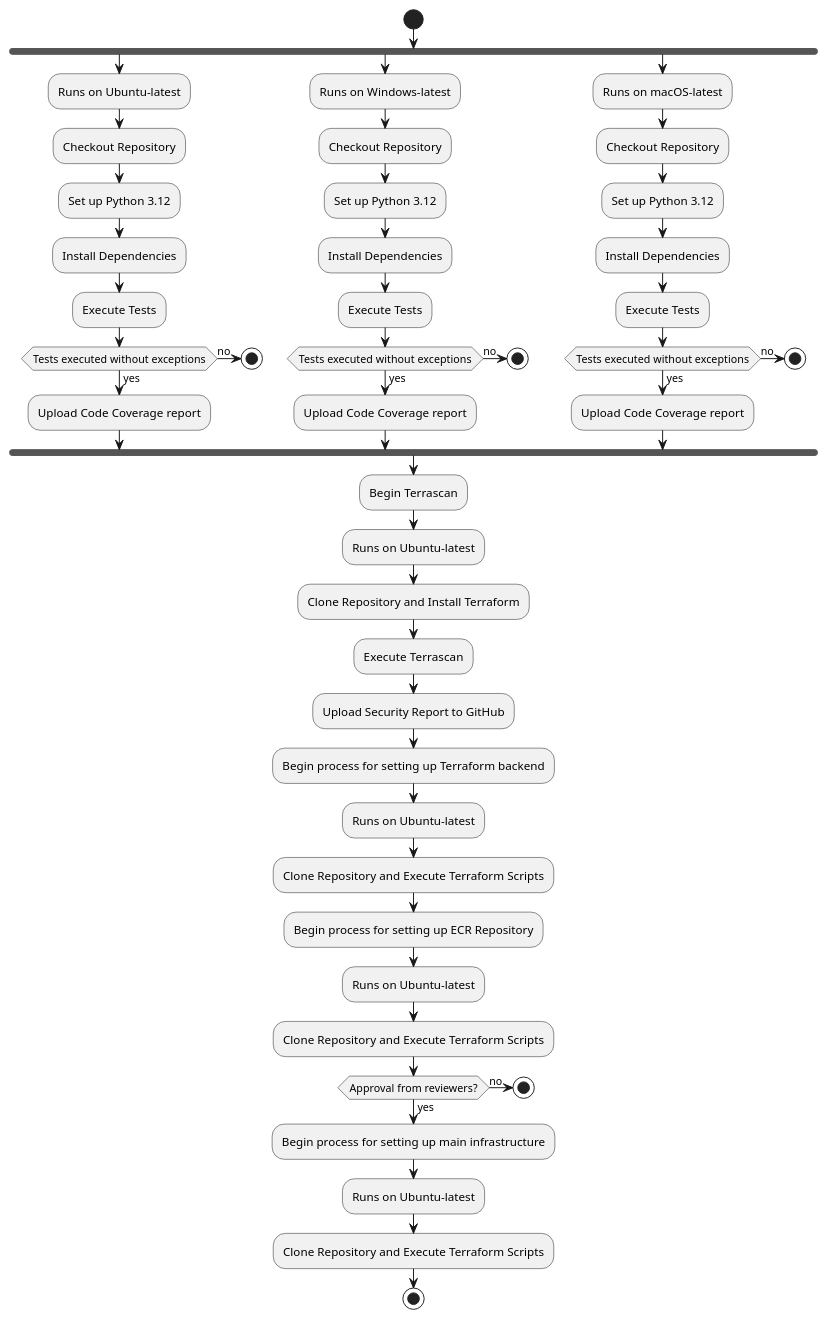
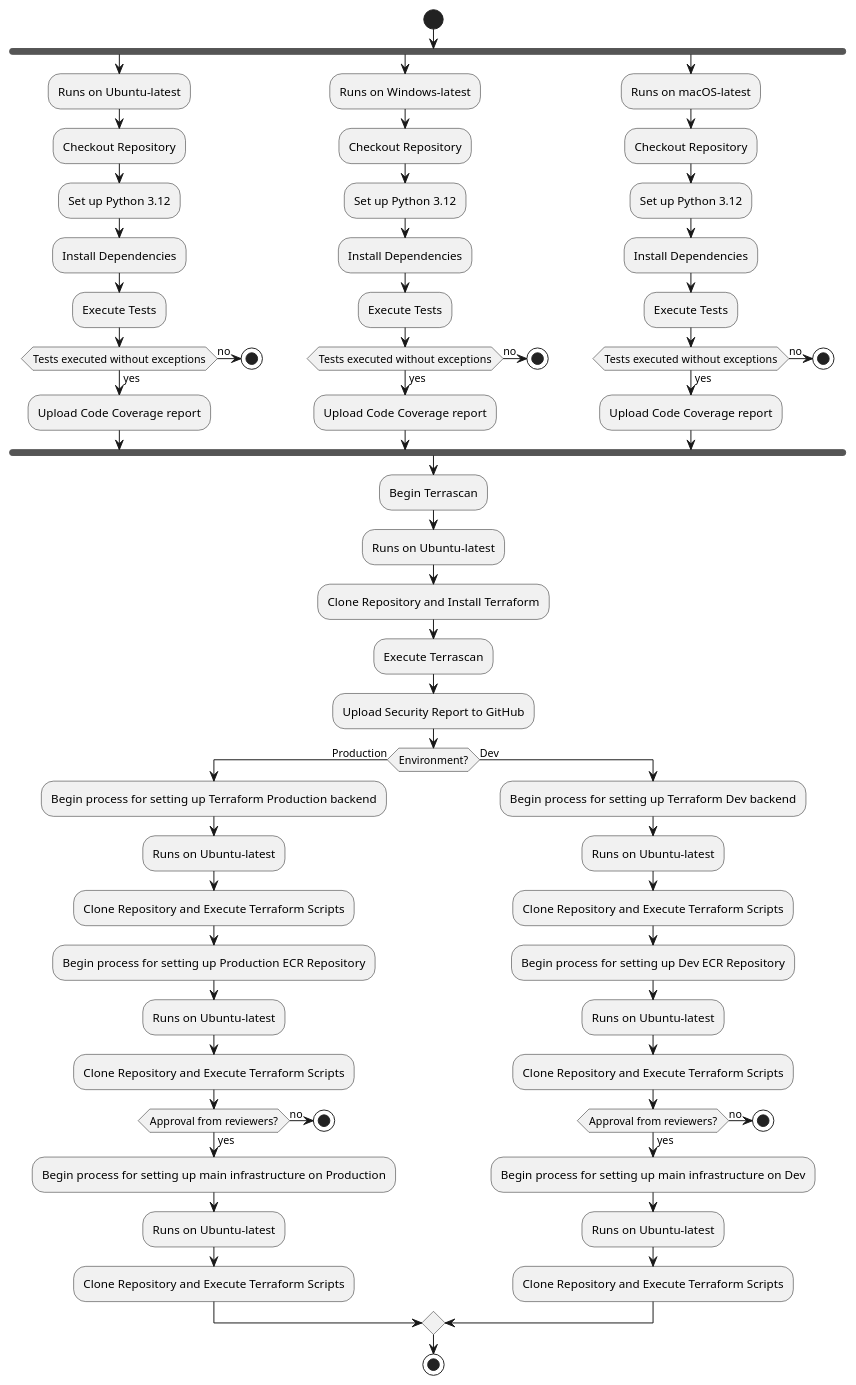
The diagram in SSG-API-Testing-Application-v2/docs/assets/developer-guide/CICDActivityDiagram.puml (ssg-wsg/Sample-Codes), drawn with PlantUML before and after one commit. The commit also changed 67 other files, not shown here.

```diff
--- a/SSG-API-Testing-Application-v2/docs/assets/developer-guide/CICDActivityDiagram.puml
+++ b/SSG-API-Testing-Application-v2/docs/assets/developer-guide/CICDActivityDiagram.puml
@@ -1,66 +1,84 @@
 @startuml
 start
 fork
 :Runs on Ubuntu-latest;
 :Checkout Repository;
 :Set up Python 3.12;
 :Install Dependencies;
 :Execute Tests;
 
 if (Tests executed without exceptions) then (yes)
     :Upload Code Coverage report;
 else (no)
     stop
 endif
 
 fork again
 :Runs on Windows-latest;
 :Checkout Repository;
 :Set up Python 3.12;
 :Install Dependencies;
 :Execute Tests;
 
 if (Tests executed without exceptions) then (yes)
     :Upload Code Coverage report;
 else (no)
     stop
 endif
 
 fork again
 :Runs on macOS-latest;
 :Checkout Repository;
 :Set up Python 3.12;
 :Install Dependencies;
 :Execute Tests;
 
 if (Tests executed without exceptions) then (yes)
     :Upload Code Coverage report;
 else (no)
     stop
 endif
 
 endfork
 
 :Begin Terrascan;
 :Runs on Ubuntu-latest;
 :Clone Repository and Install Terraform;
 :Execute Terrascan;
 :Upload Security Report to GitHub;
 
-:Begin process for setting up Terraform backend;
-:Runs on Ubuntu-latest;
-:Clone Repository and Execute Terraform Scripts;
-
-:Begin process for setting up ECR Repository;
-:Runs on Ubuntu-latest;
-:Clone Repository and Execute Terraform Scripts;
-
-if (Approval from reviewers?) then (yes)
-    :Begin process for setting up main infrastructure;
+if (Environment?) then (Production)
+    :Begin process for setting up Terraform Production backend;
     :Runs on Ubuntu-latest;
     :Clone Repository and Execute Terraform Scripts;
-    stop
-else (no)
-    stop
 
+    :Begin process for setting up Production ECR Repository;
+    :Runs on Ubuntu-latest;
+    :Clone Repository and Execute Terraform Scripts;
+
+    if (Approval from reviewers?) then (yes)
+        :Begin process for setting up main infrastructure on Production;
+        :Runs on Ubuntu-latest;
+        :Clone Repository and Execute Terraform Scripts;
+    else (no)
+        stop
+    endif
+else (Dev)
+    :Begin process for setting up Terraform Dev backend;
+    :Runs on Ubuntu-latest;
+    :Clone Repository and Execute Terraform Scripts;
+
+    :Begin process for setting up Dev ECR Repository;
+    :Runs on Ubuntu-latest;
+    :Clone Repository and Execute Terraform Scripts;
+
+    if (Approval from reviewers?) then (yes)
+        :Begin process for setting up main infrastructure on Dev;
+        :Runs on Ubuntu-latest;
+        :Clone Repository and Execute Terraform Scripts;
+    else (no)
+        stop
+    endif
+endif
+stop
 @enduml
```
